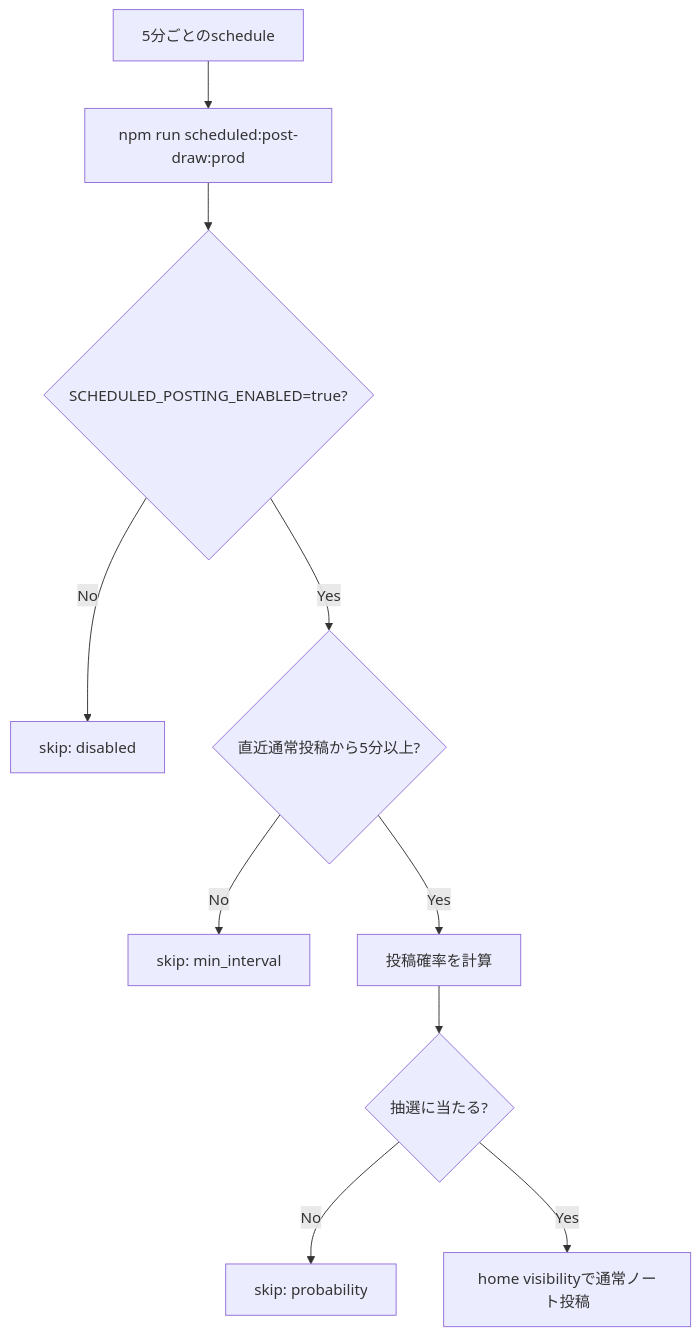
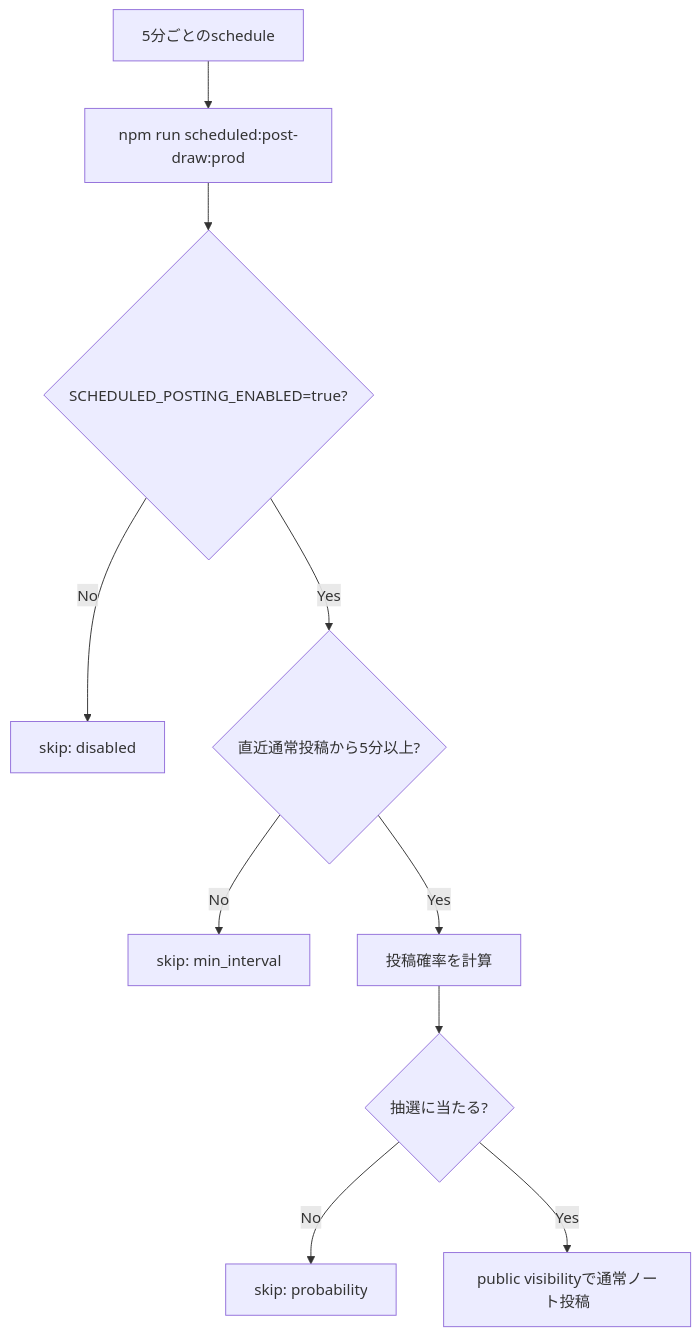
Before and after one commit to rohto4/io-bot-soul: the third of 3 diagrams in docs/guide/script-overview.md, drawn with Mermaid. The commit also changed 6 other files, not shown here.

````diff
--- a/docs/guide/script-overview.md
+++ b/docs/guide/script-overview.md
@@ -79,12 +79,12 @@
 ```mermaid
 flowchart TD
   A[5分ごとのschedule] --> B[npm run scheduled:post-draw:prod]
   B --> C{SCHEDULED_POSTING_ENABLED=true?}
   C -- No --> D[skip: disabled]
   C -- Yes --> E{直近通常投稿から5分以上?}
   E -- No --> F[skip: min_interval]
   E -- Yes --> G[投稿確率を計算]
   G --> H{抽選に当たる?}
   H -- No --> I[skip: probability]
-  H -- Yes --> J[home visibilityで通常ノート投稿]
+  H -- Yes --> J[public visibilityで通常ノート投稿]
 ```
````
